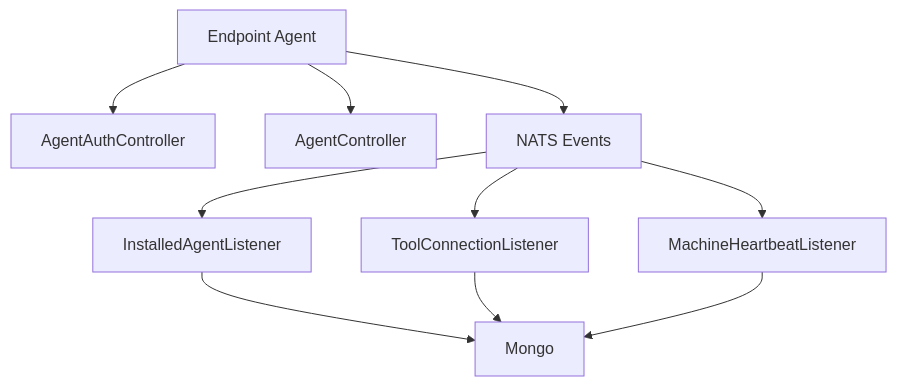
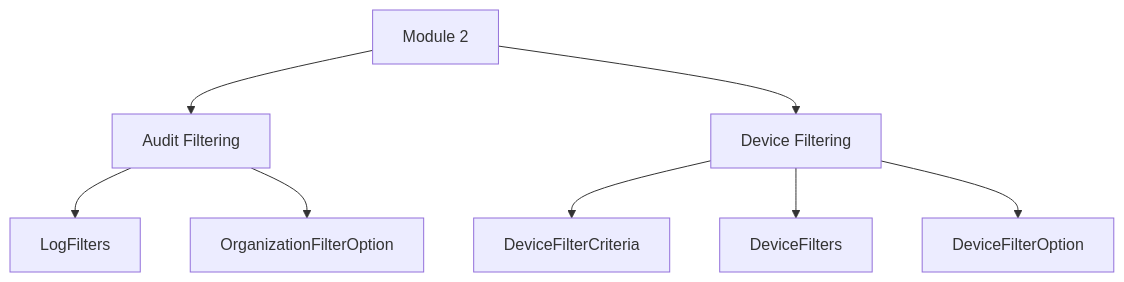
One commit to flamingo-stack/openframe-oss-lib changed the fifth of 7 diagrams in docs/reference/architecture/README.md. Above: the diagram before and after it, drawn with Mermaid. The commit also changed other lines of this file and 24 other files, not shown here.

Commit message:
docs: Stage 2 - Architecture analysis (5 files) [skip ci]

````diff
--- a/docs/reference/architecture/README.md
+++ b/docs/reference/architecture/README.md
@@ -176,14 +220,12 @@
 ```mermaid
 flowchart TD
-    Agent["Endpoint Agent"] --> Auth["AgentAuthController"]
-    Agent --> Register["AgentController"]
-    Agent --> NATS["NATS Events"]
+    Module2["Module 2"] --> AuditFiltering["Audit Filtering"]
+    Module2 --> DeviceFiltering["Device Filtering"]
 
-    NATS --> Installed["InstalledAgentListener"]
-    NATS --> ToolConn["ToolConnectionListener"]
-    NATS --> Heartbeat["MachineHeartbeatListener"]
+    AuditFiltering --> LogFilters["LogFilters"]
+    AuditFiltering --> OrganizationFilterOption["OrganizationFilterOption"]
 
-    Installed --> Mongo
-    ToolConn --> Mongo
-    Heartbeat --> Mongo
+    DeviceFiltering --> DeviceFilterCriteria["DeviceFilterCriteria"]
+    DeviceFiltering --> DeviceFilters["DeviceFilters"]
+    DeviceFiltering --> DeviceFilterOption["DeviceFilterOption"]
 ```
````
